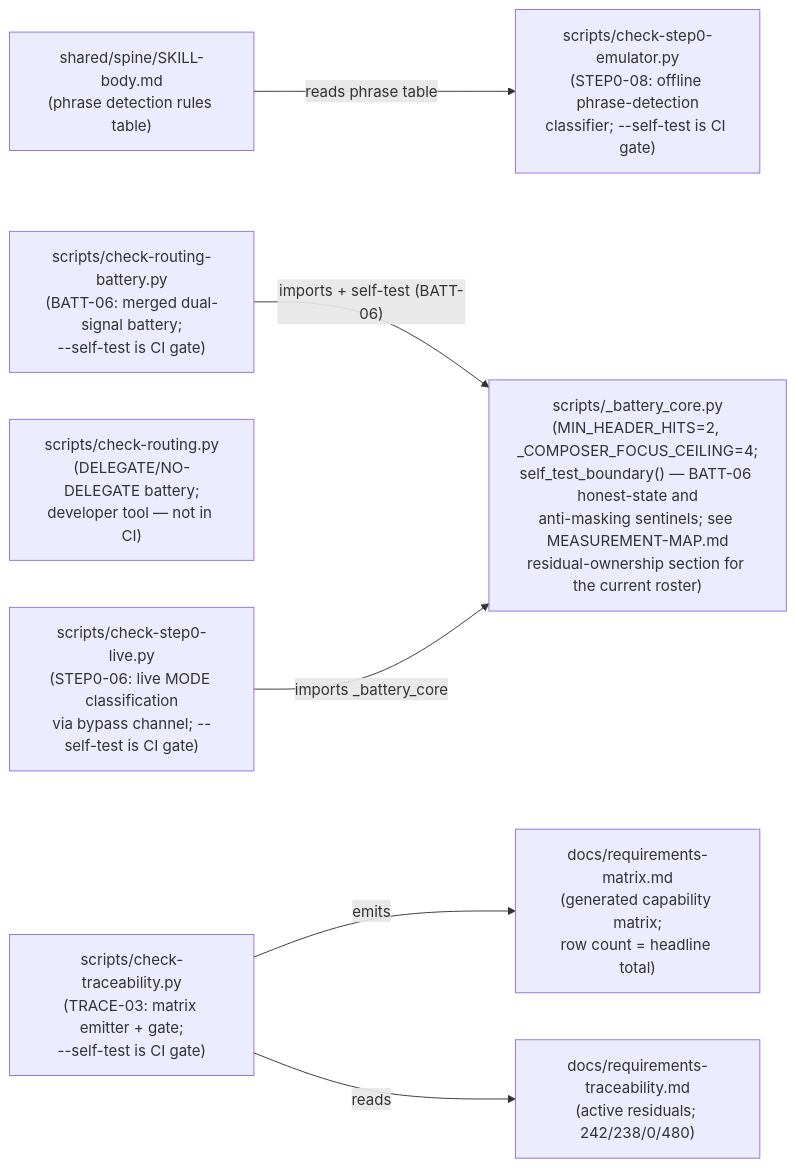
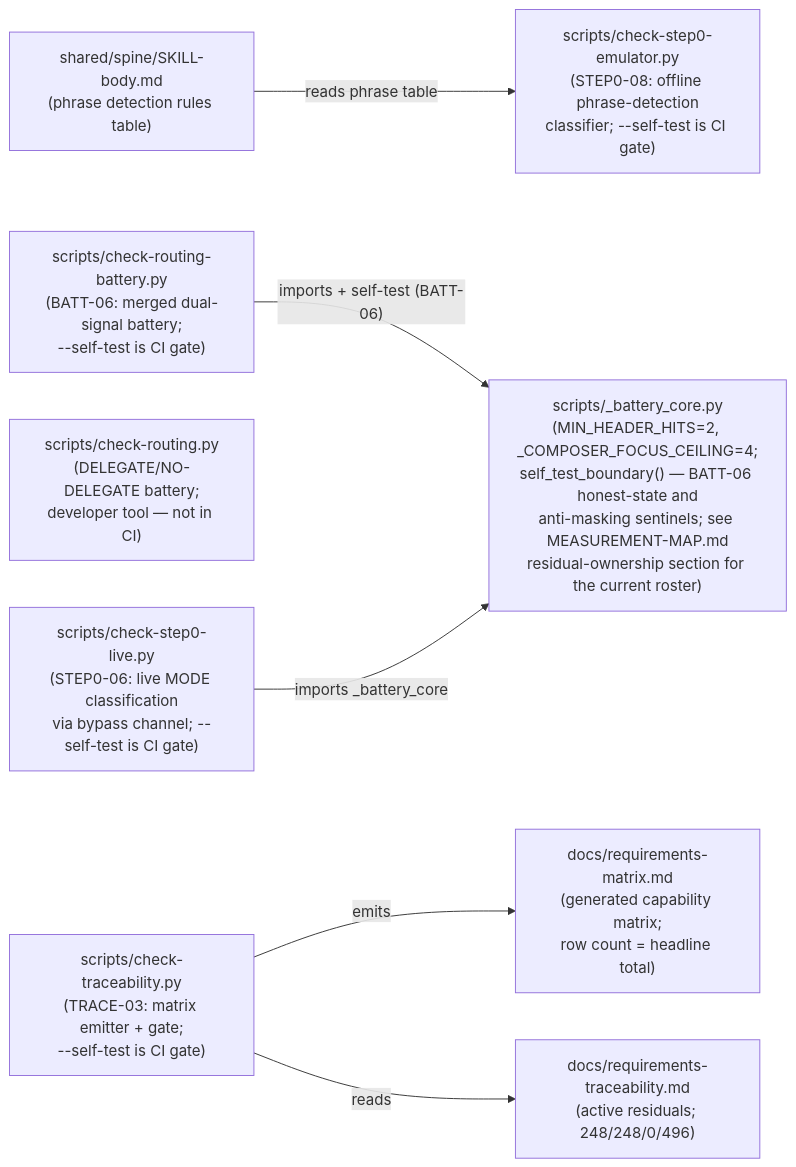
Before and after one commit to chrisdavidson/first-principles-skill: the second of 2 diagrams in docs/COMPONENT-DIAGRAM.md, drawn with Mermaid. The commit also changed 42 other files, not shown here.

````diff
--- a/docs/COMPONENT-DIAGRAM.md
+++ b/docs/COMPONENT-DIAGRAM.md
@@ -84,24 +84,24 @@
 ```mermaid
 flowchart LR
     SKILLBODY["shared/spine/SKILL-body.md\n(phrase detection rules table)"]
 
     CORE["scripts/_battery_core.py\n(MIN_HEADER_HITS=2, _COMPOSER_FOCUS_CEILING=4;\nself_test_boundary() — BATT-06 honest-state and\nanti-masking sentinels; see MEASUREMENT-MAP.md\nresidual-ownership section for the current roster)"]
 
     BATT["scripts/check-routing-battery.py\n(BATT-06: merged dual-signal battery;\n--self-test is CI gate)"]
     ROUTING["scripts/check-routing.py\n(DELEGATE/NO-DELEGATE battery;\ndeveloper tool — not in CI)"]
 
     EMU["scripts/check-step0-emulator.py\n(STEP0-08: offline phrase-detection\nclassifier; --self-test is CI gate)"]
     LIVE["scripts/check-step0-live.py\n(STEP0-06: live MODE classification\nvia bypass channel; --self-test is CI gate)"]
 
     TRACE["scripts/check-traceability.py\n(TRACE-03: matrix emitter + gate;\n--self-test is CI gate)"]
     MATRIX["docs/requirements-matrix.md\n(generated capability matrix;\nrow count = headline total)"]
-    TRACEABILITY["docs/requirements-traceability.md\n(active residuals; 242/238/0/480)"]
+    TRACEABILITY["docs/requirements-traceability.md\n(active residuals; 248/248/0/496)"]
 
     SKILLBODY -->|"reads phrase table"| EMU
 
     BATT -->|"imports + self-test (BATT-06)"| CORE
     LIVE -->|"imports _battery_core"| CORE
 
     TRACE -->|"emits"| MATRIX
     TRACE -->|"reads"| TRACEABILITY
 ```
````
